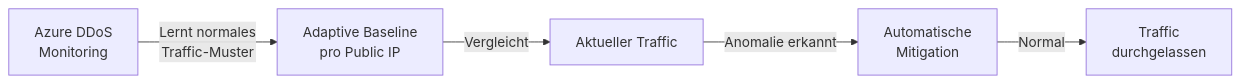
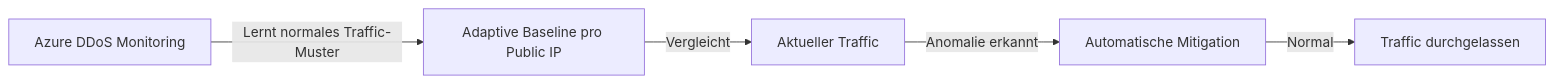
One commit to SoniiiT/notes-n-docs changed the third of 5 diagrams in Microsoft 365/Azure/Netzwerk/Azure DDoS Protection.md. Above: the diagram before and after it, drawn with Mermaid. The commit also changed other lines of this file and 124 other files, not shown here.

First line of the commit message:
fix: Entferne \n aus allen Mermaid-Diagrammen (125 Dateien)

````diff
--- a/Microsoft 365/Azure/Netzwerk/Azure DDoS Protection.md
+++ b/Microsoft 365/Azure/Netzwerk/Azure DDoS Protection.md
@@ -92,7 +92,7 @@
 ```mermaid
 graph LR
-    MONITOR[Azure DDoS\nMonitoring] -->|Lernt normales\nTraffic-Muster| BASELINE[Adaptive Baseline\npro Public IP]
+    MONITOR[Azure DDoS Monitoring] -->|Lernt normales Traffic-Muster| BASELINE[Adaptive Baseline pro Public IP]
     BASELINE -->|Vergleicht| TRAFFIC[Aktueller Traffic]
-    TRAFFIC -->|Anomalie erkannt| MITIG[Automatische\nMitigation]
-    MITIG -->|Normal| PASSTHROUGH[Traffic\ndurchgelassen]
+    TRAFFIC -->|Anomalie erkannt| MITIG[Automatische Mitigation]
+    MITIG -->|Normal| PASSTHROUGH[Traffic durchgelassen]
 ```
````
